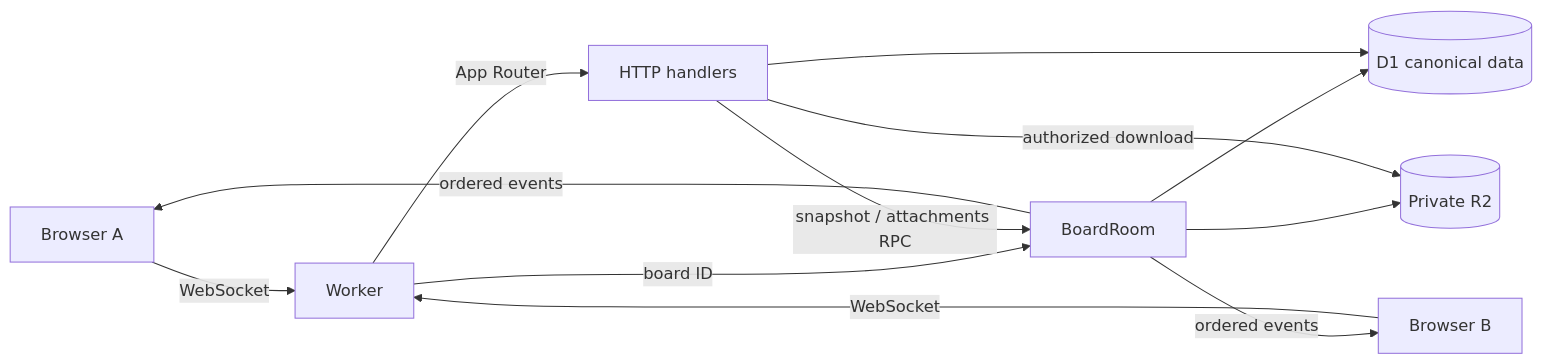
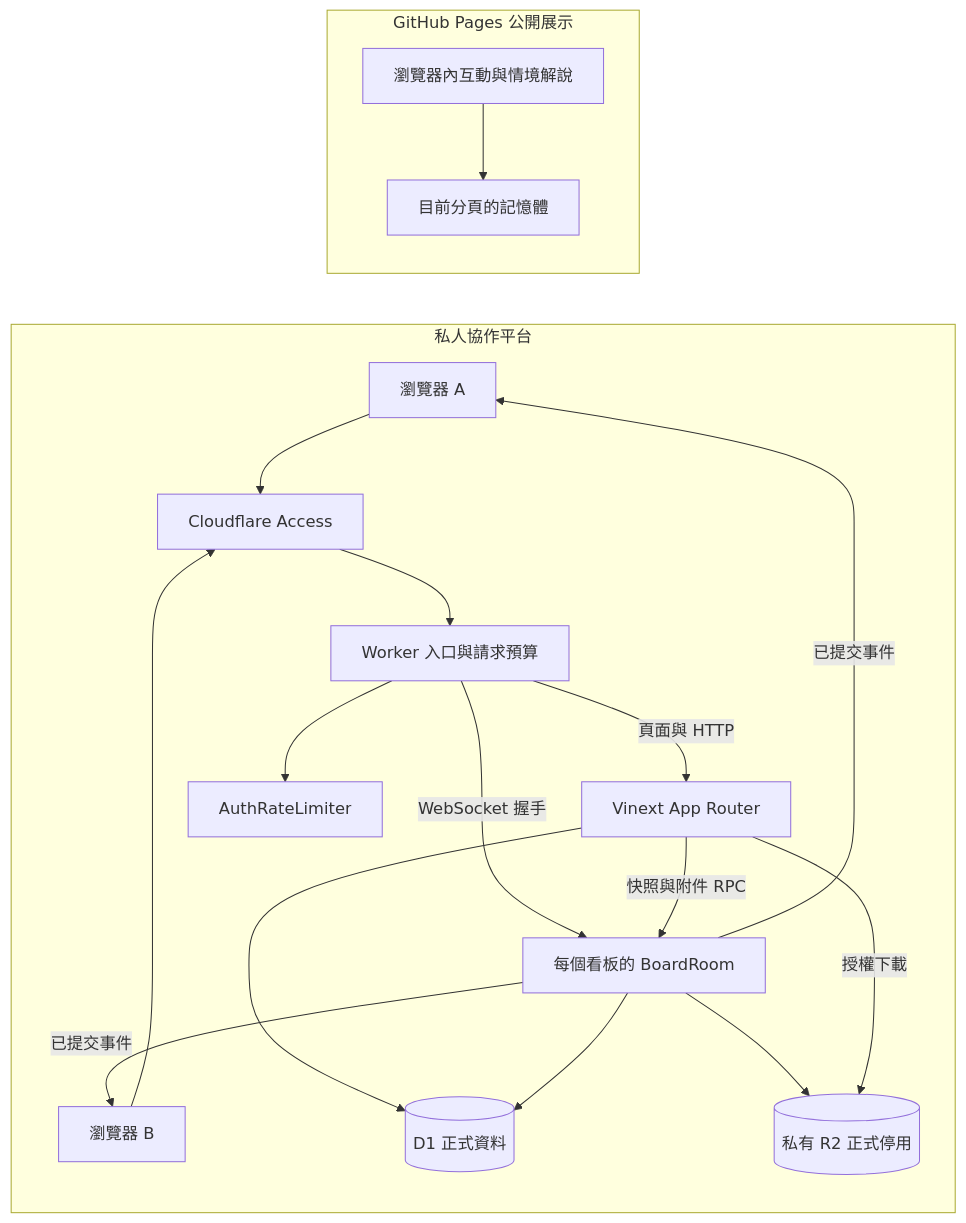
The first of 2 diagrams in docs/architecture.md (happyloa/collab-edge), drawn with Mermaid before and after one commit. The commit also changed other lines of this file and 6 other files, not shown here.

Commit message:
docs: explain architecture and portfolio design choices

````diff
--- a/docs/architecture.md
+++ b/docs/architecture.md
@@ -5,14 +20,21 @@
 ```mermaid
 flowchart LR
-  A[Browser A] -->|WebSocket| W[Worker]
-  B[Browser B] -->|WebSocket| W
-  W -->|board ID| D[BoardRoom]
-  W -->|App Router| H[HTTP handlers]
-  H -->|snapshot / attachments RPC| D
-  D --> DB[(D1 canonical data)]
-  H --> DB
-  D --> R[(Private R2)]
-  H -->|authorized download| R
-  D -->|ordered events| A
-  D -->|ordered events| B
+  subgraph Private[私人協作平台]
+    A[瀏覽器 A] --> G[Cloudflare Access]
+    B[瀏覽器 B] --> G
+    G --> W[Worker 入口與請求預算]
+    W -->|頁面與 HTTP| H[Vinext App Router]
+    W -->|WebSocket 握手| D[每個看板的 BoardRoom]
+    H -->|快照與附件 RPC| D
+    H --> DB[(D1 正式資料)]
+    D --> DB
+    D --> R[(私有 R2 正式停用)]
+    H -->|授權下載| R
+    W --> Q[AuthRateLimiter]
+    D -->|已提交事件| A
+    D -->|已提交事件| B
+  end
+  subgraph Public[GitHub Pages 公開展示]
+    P[瀏覽器內互動與情境解說] --> M[目前分頁的記憶體]
+  end
 ```
````
